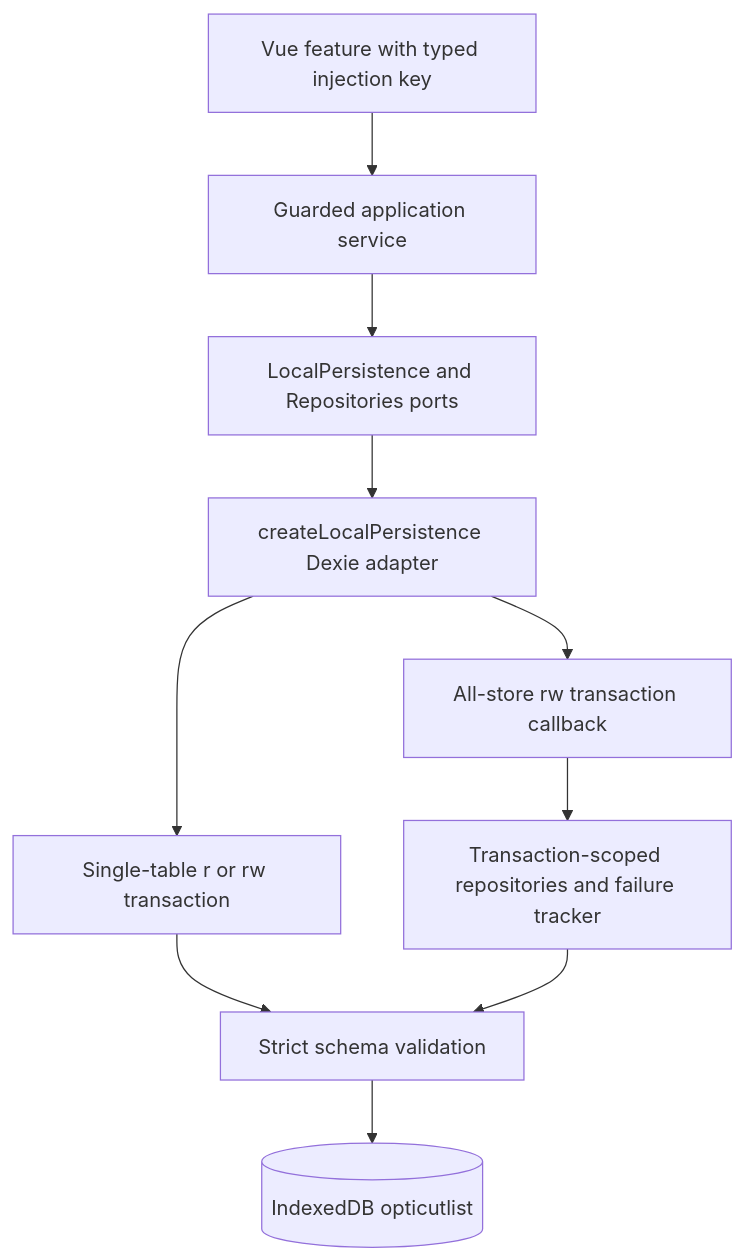
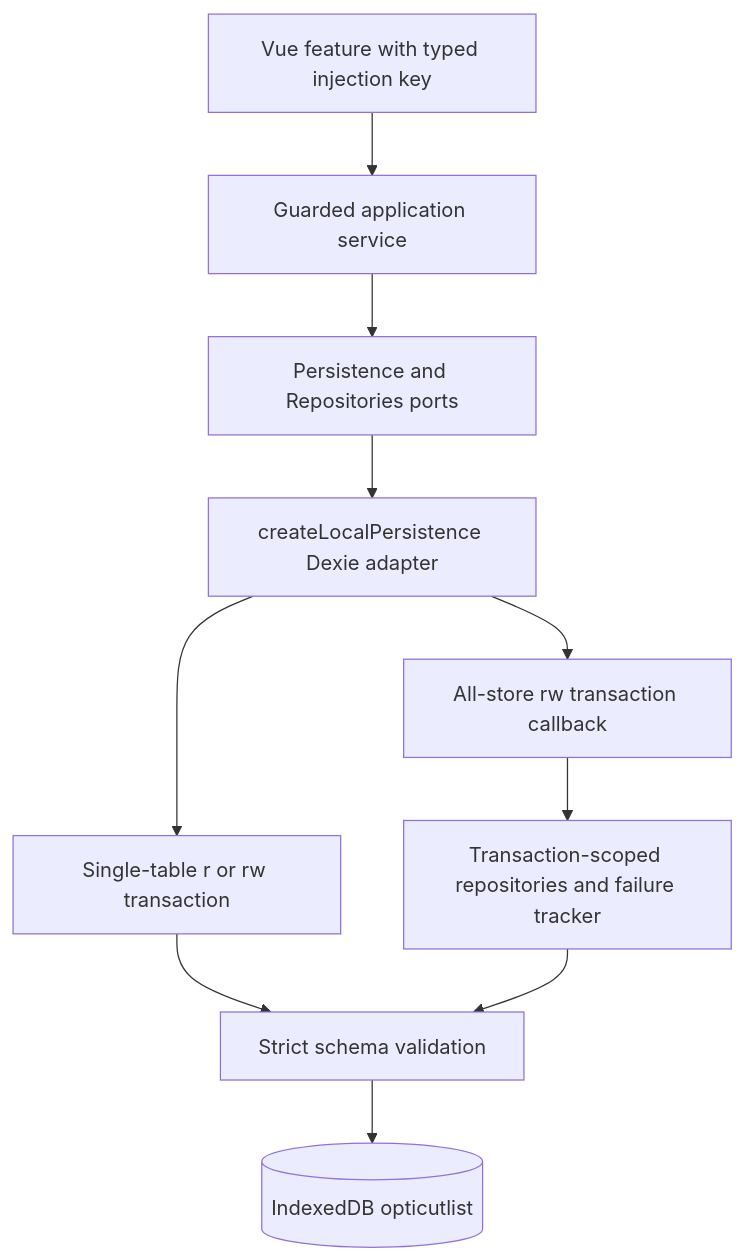
Before and after one commit to tanguy-rdt/opticutlist: the second of 7 diagrams in docs/storage.md, drawn with Mermaid. The commit also changed other lines of this file and 20 other files, not shown here.

````diff
--- a/docs/storage.md
+++ b/docs/storage.md
@@ -13,12 +87,12 @@
 ```mermaid
 flowchart TD
   View[Vue feature with typed injection key] --> Guard[Guarded application service]
-  Guard --> Port[LocalPersistence and Repositories ports]
+  Guard --> Port[Persistence and Repositories ports]
   Port --> Adapter[createLocalPersistence Dexie adapter]
   Adapter --> Single[Single-table r or rw transaction]
   Adapter --> Multi[All-store rw transaction callback]
   Single --> Parse[Strict schema validation]
   Multi --> Scoped[Transaction-scoped repositories and failure tracker]
   Scoped --> Parse
   Parse --> DB[(IndexedDB opticutlist)]
 ```
````
